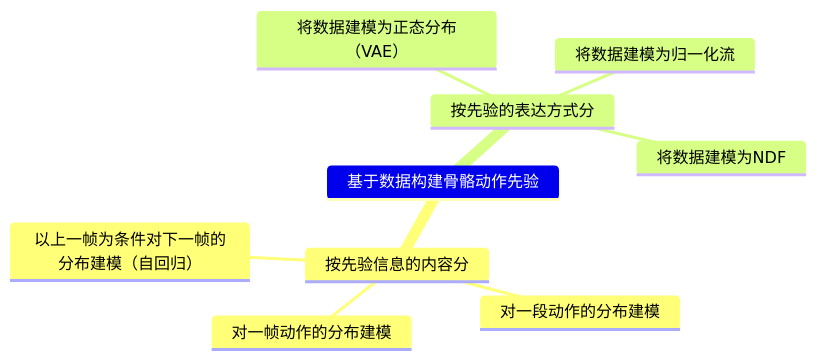
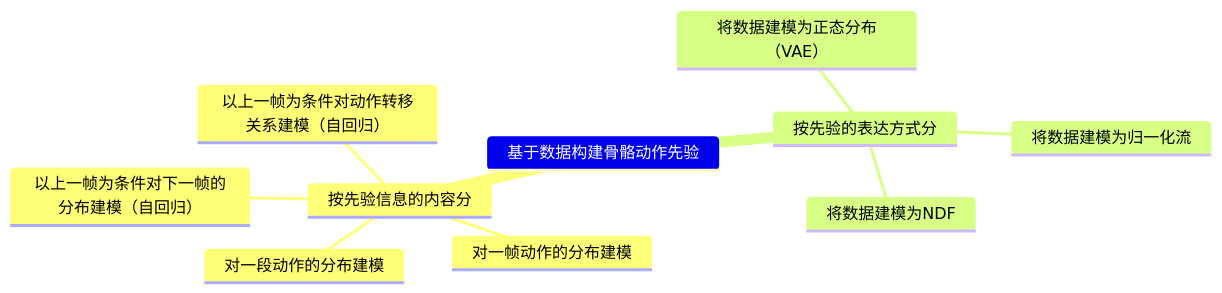
One commit to CaterpillarStudyGroup/ImportantArticles changed the fifth of 7 diagrams in src/MeshAnimation/SkeletonProxy/MotionPrior.md. Above: the diagram before and after it, drawn with Mermaid. The commit also changed 5 other files, not shown here.

````diff
--- a/src/MeshAnimation/SkeletonProxy/MotionPrior.md
+++ b/src/MeshAnimation/SkeletonProxy/MotionPrior.md
@@ -80,12 +80,13 @@
 ```mermaid
 mindmap
 基于数据构建骨骼动作先验
     按先验信息的内容分
         对一帧动作的分布建模
         对一段动作的分布建模
         以上一帧为条件对下一帧的分布建模（自回归）
+        以上一帧为条件对动作转移关系建模（自回归）
     按先验的表达方式分
         将数据建模为正态分布（VAE）
         将数据建模为NDF
         将数据建模为归一化流
 ```
````
